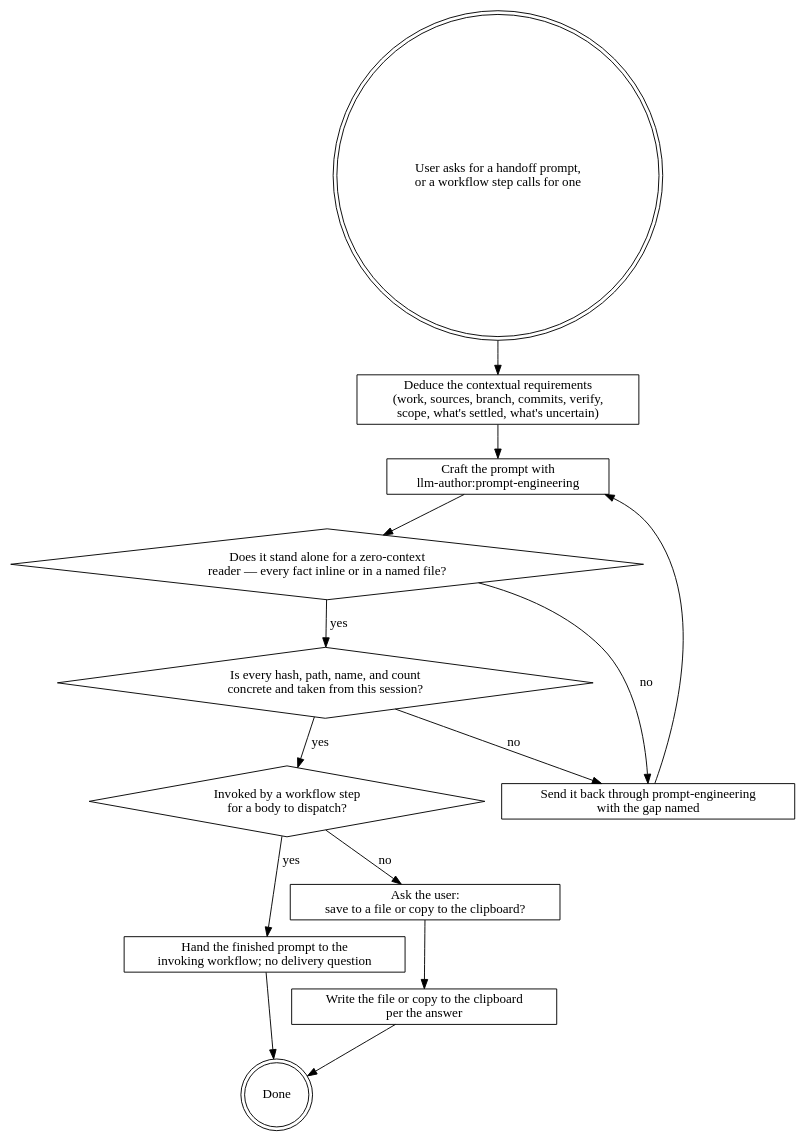
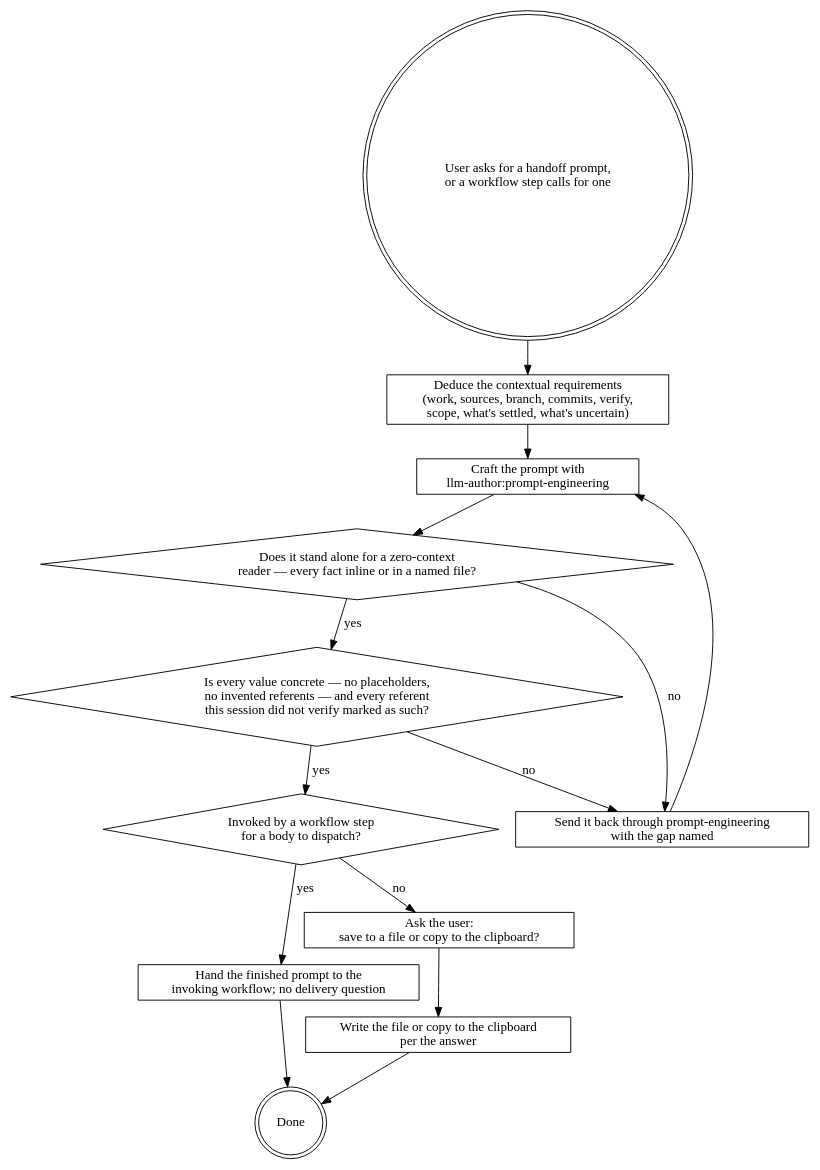
Before and after one commit to it-bens/ai-tools: the diagram in plugins/llm-author/skills/writing-handoff-prompts/SKILL.md, drawn with Graphviz. The commit also changed other lines of this file and 10 other files, not shown here.

````diff
--- a/plugins/llm-author/skills/writing-handoff-prompts/SKILL.md
+++ b/plugins/llm-author/skills/writing-handoff-prompts/SKILL.md
@@ -14,26 +14,26 @@
 ```dot
 digraph handoff {
   start    [shape=doublecircle, label="User asks for a handoff prompt,\nor a workflow step calls for one"];
   deduce   [shape=box, label="Deduce the contextual requirements\n(work, sources, branch, commits, verify,\nscope, what's settled, what's uncertain)"];
   craft    [shape=box, label="Craft the prompt with\nllm-author:prompt-engineering"];
   ctx      [shape=diamond, label="Does it stand alone for a zero-context\nreader — every fact inline or in a named file?"];
-  val      [shape=diamond, label="Is every hash, path, name, and count\nconcrete and taken from this session?"];
+  val      [shape=diamond, label="Is every value concrete — no placeholders,\nno invented referents — and every referent\nthis session did not verify marked as such?"];
   fix      [shape=box, label="Send it back through prompt-engineering\nwith the gap named"];
   caller   [shape=diamond, label="Invoked by a workflow step\nfor a body to dispatch?"];
   return   [shape=box, label="Hand the finished prompt to the\ninvoking workflow; no delivery question"];
   ask      [shape=box, label="Ask the user:\nsave to a file or copy to the clipboard?"];
   deliver  [shape=box, label="Write the file or copy to the clipboard\nper the answer"];
   done     [shape=doublecircle, label="Done"];
 
   start -> deduce -> craft -> ctx;
   ctx -> fix [label="no"];
   fix -> craft;
   ctx -> val [label="yes"];
   val -> fix [label="no"];
   val -> caller [label="yes"];
   caller -> return [label="yes"];
   return -> done;
   caller -> ask [label="no"];
   ask -> deliver -> done;
 }
 ```
````
